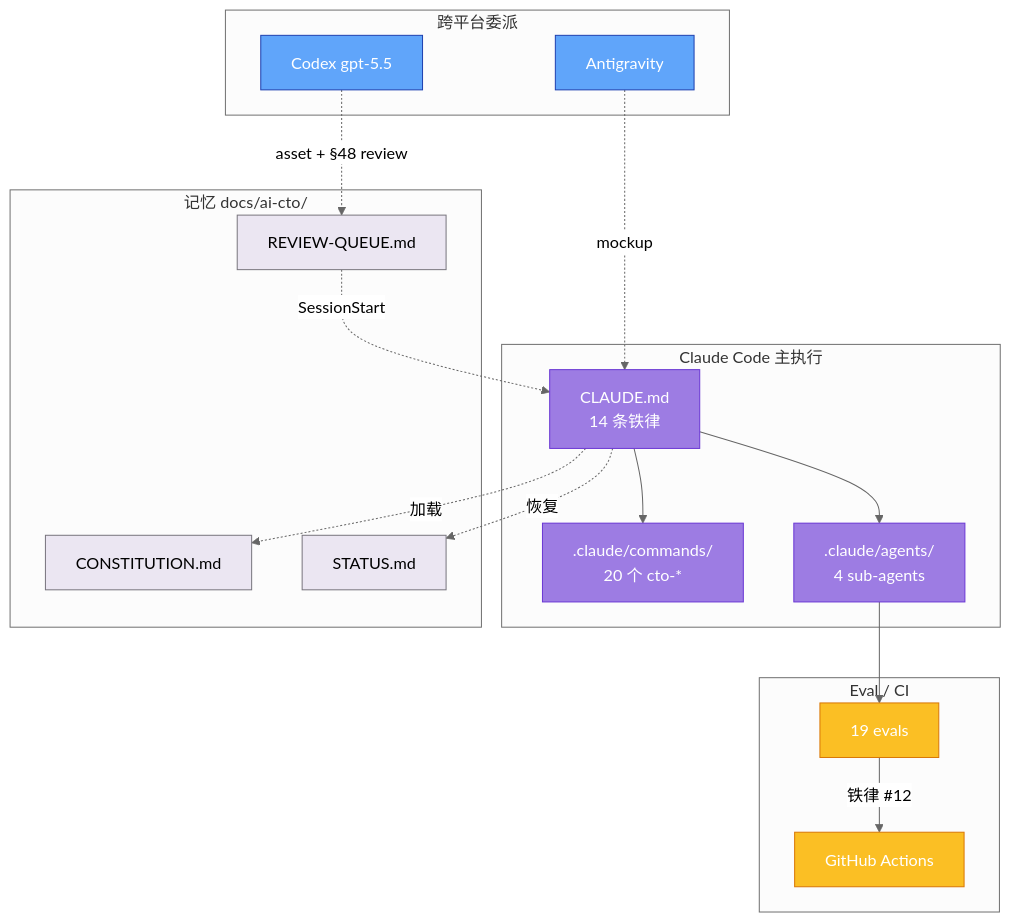
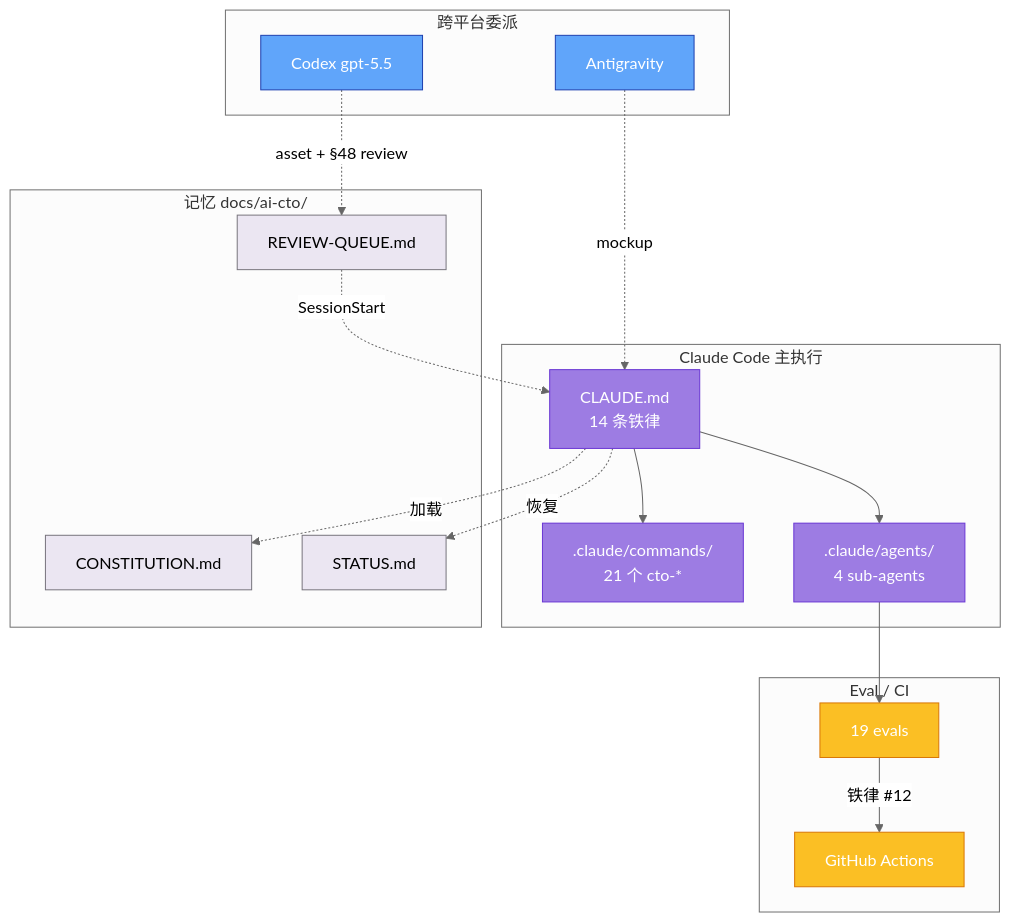
One commit to cantascendia/ai-playbook changed the diagram in README.md. Above: the diagram before and after it, drawn with Mermaid (neutral theme). The commit also changed other lines of this file and 15 other files, not shown here.

````diff
--- a/README.md
+++ b/README.md
@@ -78,43 +112,43 @@
 ```mermaid
 graph TB
     subgraph "Claude Code 主执行"
         CL[CLAUDE.md<br/>14 条铁律]
-        CMD[.claude/commands/<br/>20 个 cto-*]
+        CMD[.claude/commands/<br/>21 个 cto-*]
         AGT[.claude/agents/<br/>4 sub-agents]
     end
 
     subgraph "记忆 docs/ai-cto/"
         CON[CONSTITUTION.md]
         STA[STATUS.md]
         REV[REVIEW-QUEUE.md]
     end
 
     subgraph "Eval / CI"
         EVL[19 evals]
         GHA[GitHub Actions]
     end
 
     subgraph "跨平台委派"
         AG[Antigravity]
         CDX[Codex gpt-5.5]
     end
 
     CL --> CMD
     CL --> AGT
     AGT --> EVL
     EVL -->|铁律 #12| GHA
     CL -.->|加载| CON
     CL -.->|恢复| STA
     AG -.->|mockup| CL
     CDX -.->|asset + §48 review| REV
     REV -.->|SessionStart| CL
 
     classDef claude fill:#9d7ce3,stroke:#6a37d4,color:#fff
     classDef memory fill:#ebe6f2,stroke:#78757e
     classDef eval fill:#fbbf24,stroke:#d97706,color:#fff
     classDef external fill:#60a5fa,stroke:#1e40af,color:#fff
     class CL,CMD,AGT claude
     class CON,STA,REV memory
     class EVL,GHA eval
     class AG,CDX external
 ```
````
